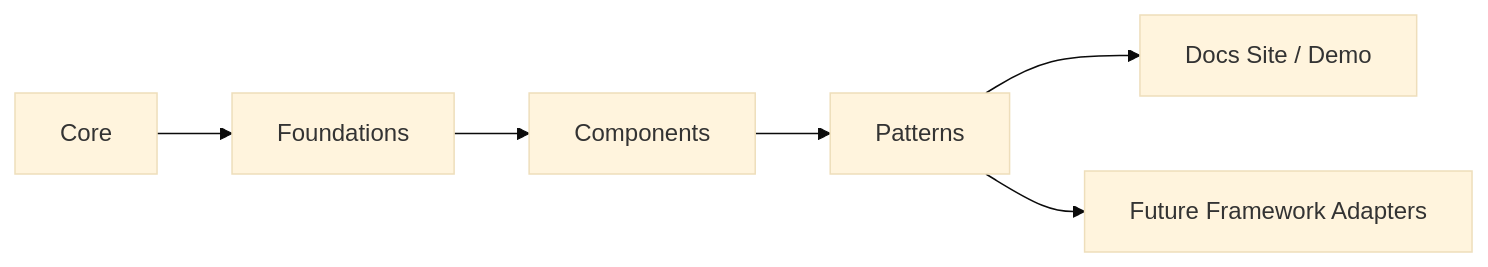
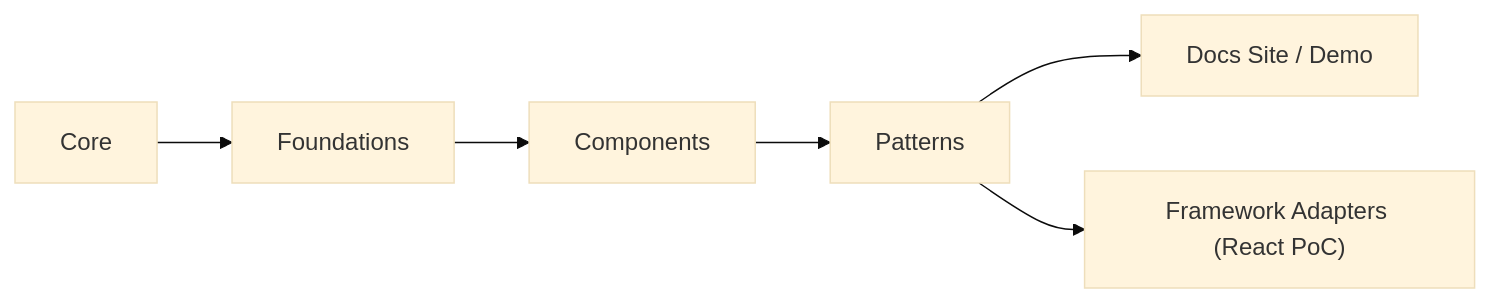
One commit to unofficialbox/box-open-elements changed the first of 2 diagrams in docs/architecture.md. Above: the diagram before and after it, drawn with Mermaid (base theme). The commit also changed other lines of this file and 16 other files, not shown here.

````diff
--- a/docs/architecture.md
+++ b/docs/architecture.md
@@ -21,8 +22,8 @@
 ```mermaid
 flowchart LR
     A["Core"] --> B["Foundations"]
     B --> C["Components"]
     C --> D["Patterns"]
     D --> E["Docs Site / Demo"]
-    D --> F["Future Framework Adapters"]
+    D --> F["Framework Adapters (React PoC)"]
 ```
````
